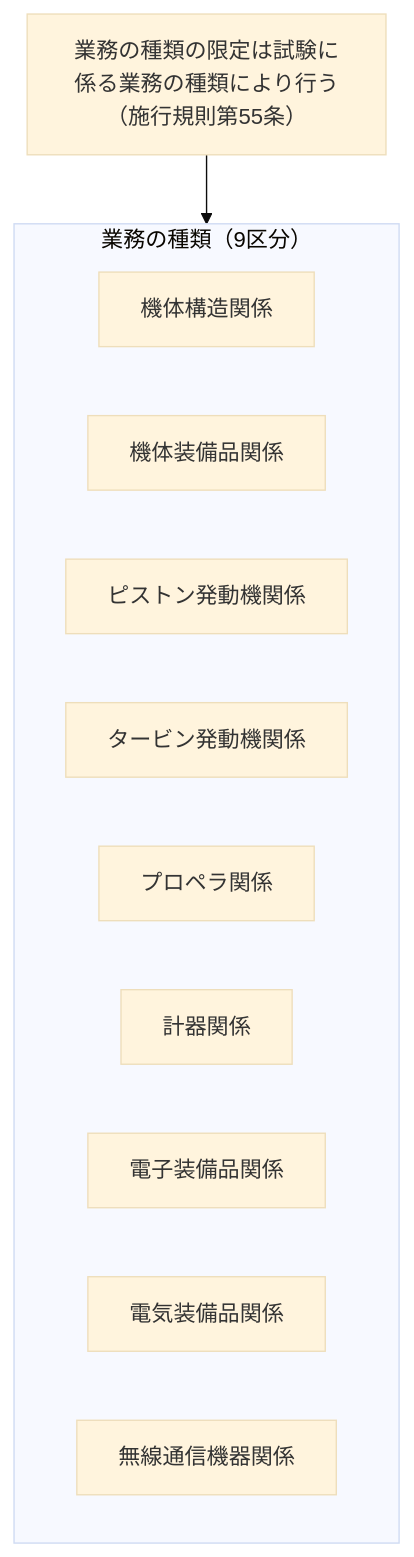
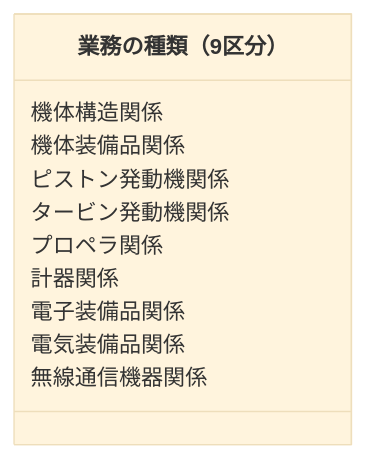
Before and after one commit to yonemotoBB/pil: the sixth of 22 diagrams in chapters/04_第四章.md, drawn with Mermaid (base theme). The commit also changed other lines of this file, not shown here.

Commit message:
第二十五条施行規則の列挙系図(53条1項/54条/55条)をクラス図に変更

````diff
--- a/chapters/04_第四章.md
+++ b/chapters/04_第四章.md
@@ -337,18 +336,13 @@
 ```mermaid
-flowchart TD
-    R["業務の種類の限定は試験に係る業務の種類により行う<br>（施行規則第55条）"]
-
-    subgraph a[業務の種類（9区分）]
-        W1["機体構造関係"]
-        W2["機体装備品関係"]
-        W3["ピストン発動機関係"]
-        W4["タービン発動機関係"]
-        W5["プロペラ関係"]
-        W6["計器関係"]
-        W7["電子装備品関係"]
-        W8["電気装備品関係"]
-        W9["無線通信機器関係"]
-    end
-
-    R --> a
+classDiagram
+    class w["業務の種類（9区分）"]
+    w : 機体構造関係
+    w : 機体装備品関係
+    w : ピストン発動機関係
+    w : タービン発動機関係
+    w : プロペラ関係
+    w : 計器関係
+    w : 電子装備品関係
+    w : 電気装備品関係
+    w : 無線通信機器関係
 ```
````
